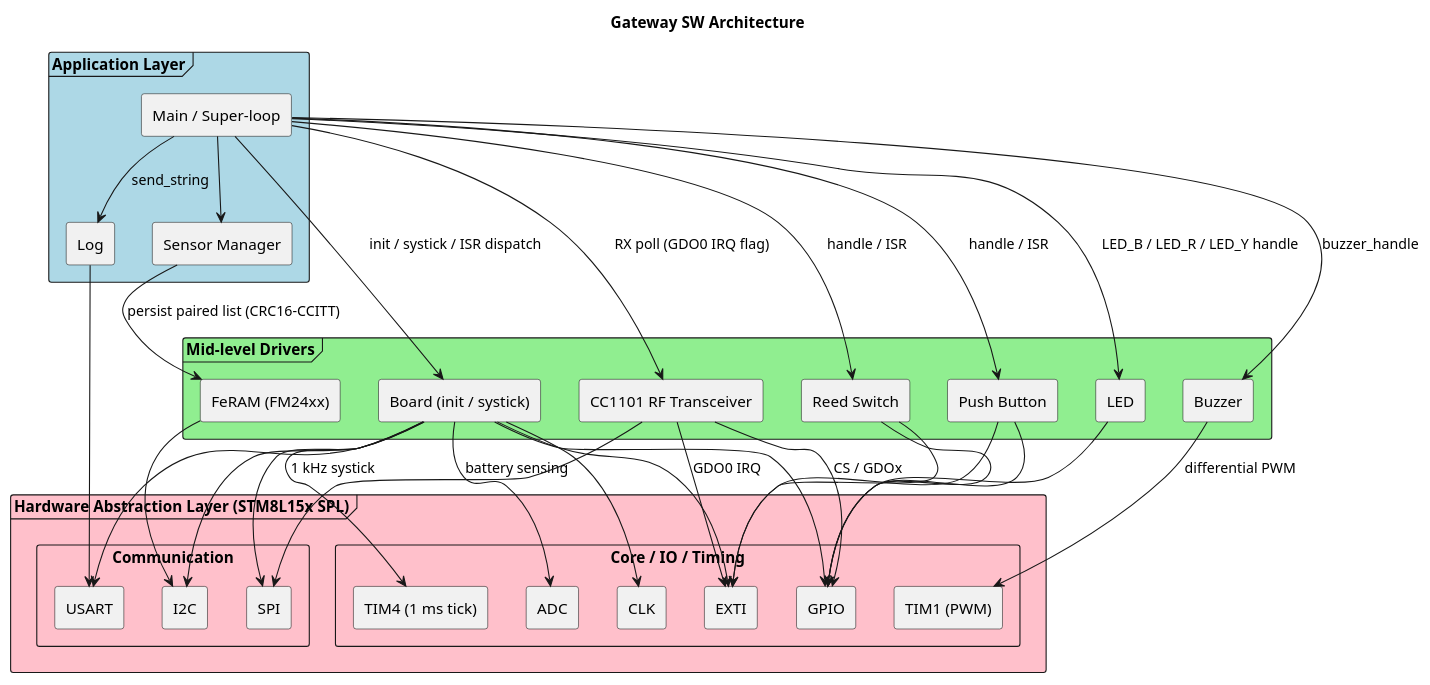
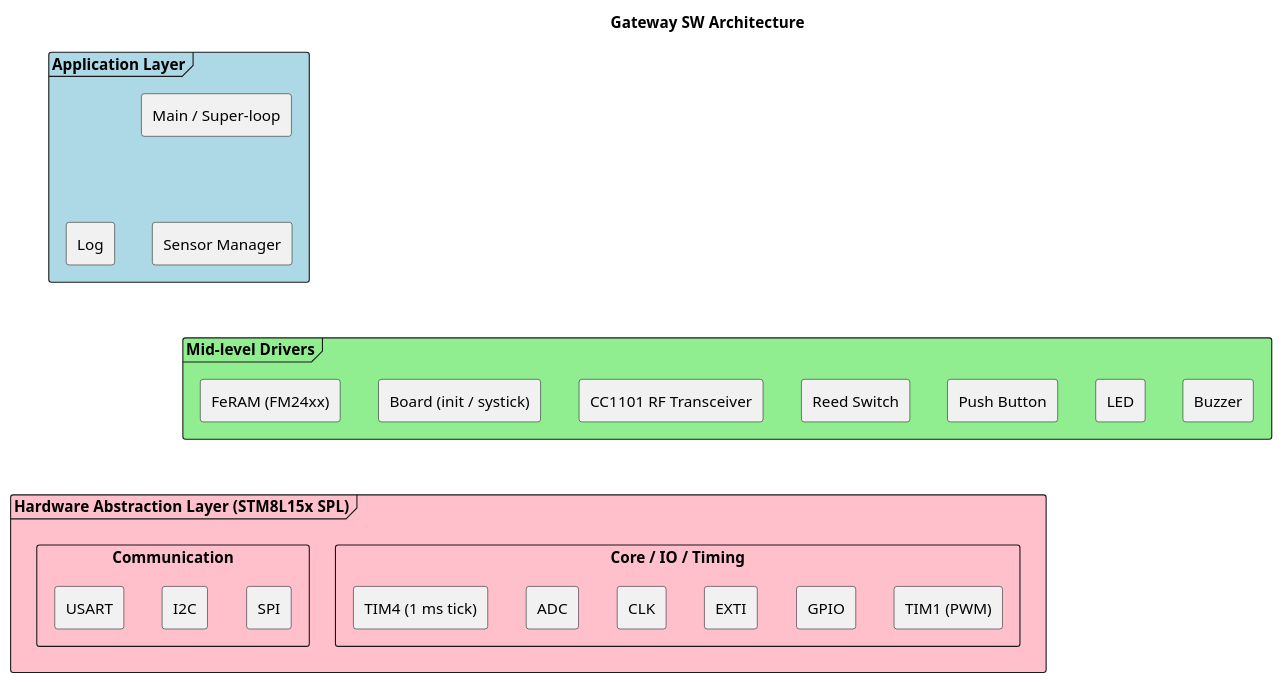
The diagram in docs/architecture/diagrams/gateway_sw_arch.puml (npeixoto64/ExitGuardian), drawn with PlantUML before and after one commit.

Commit message:
EG-37 Made connections transparent.

```diff
--- a/docs/architecture/diagrams/gateway_sw_arch.puml
+++ b/docs/architecture/diagrams/gateway_sw_arch.puml
@@ -1,73 +1,79 @@
 @startuml
 skinparam componentStyle rectangle
 skinparam packageStyle frame
+
+' Hide all connections (keep layout influence, hide visuals)
+skinparam arrow {
+    Color transparent
+    FontColor transparent
+}
 
 title Gateway SW Architecture
 
 package "Application Layer" #LightBlue {
     [Main / Super-loop] as App
     [Sensor Manager] as SensorMgr
     [Log] as Log
 }
 
 package "Mid-level Drivers" #LightGreen {
     [Board (init / systick)] as Board
     [CC1101 RF Transceiver] as CC1101
     [FeRAM (FM24xx)] as FeRAM
     [Reed Switch] as Reed
     [Push Button] as Button
     [LED] as Led
     [Buzzer] as Buzzer
 }
 
 package "Hardware Abstraction Layer (STM8L15x SPL)" #Pink {
     component "Communication" {
         [SPI] as SPI
         [I2C] as I2C
         [USART] as USART
     }
     component "Core / IO / Timing" {
         [CLK] as CLK
         [GPIO] as GPIO
         [EXTI] as EXTI
         [TIM1 (PWM)] as TIM1
         [TIM4 (1 ms tick)] as TIM4
         [ADC] as ADC
     }
 }
 
 ' Application -> Mid-level
 App --> Board     : init / systick / ISR dispatch
 App --> SensorMgr
 App --> CC1101    : RX poll (GDO0 IRQ flag)
 App --> Reed      : handle / ISR
 App --> Button    : handle / ISR
 App --> Led       : LED_B / LED_R / LED_Y handle
 App --> Buzzer    : buzzer_handle
 App --> Log       : send_string
 
 SensorMgr --> FeRAM : persist paired list (CRC16-CCITT)
 
 ' Mid-level -> HAL
 Board  --> CLK
 Board  --> GPIO
 Board  --> EXTI
 Board  --> TIM4   : 1 kHz systick
 Board  --> ADC    : battery sensing
 Board  --> SPI
 Board  --> I2C
 Board  --> USART
 
 CC1101 --> SPI
 CC1101 --> GPIO   : CS / GDOx
 CC1101 --> EXTI   : GDO0 IRQ
 FeRAM  --> I2C
 Reed   --> GPIO
 Reed   --> EXTI
 Button --> GPIO
 Button --> EXTI
 Led    --> GPIO
 Buzzer --> TIM1   : differential PWM
 Log    --> USART
 
 @enduml
```
